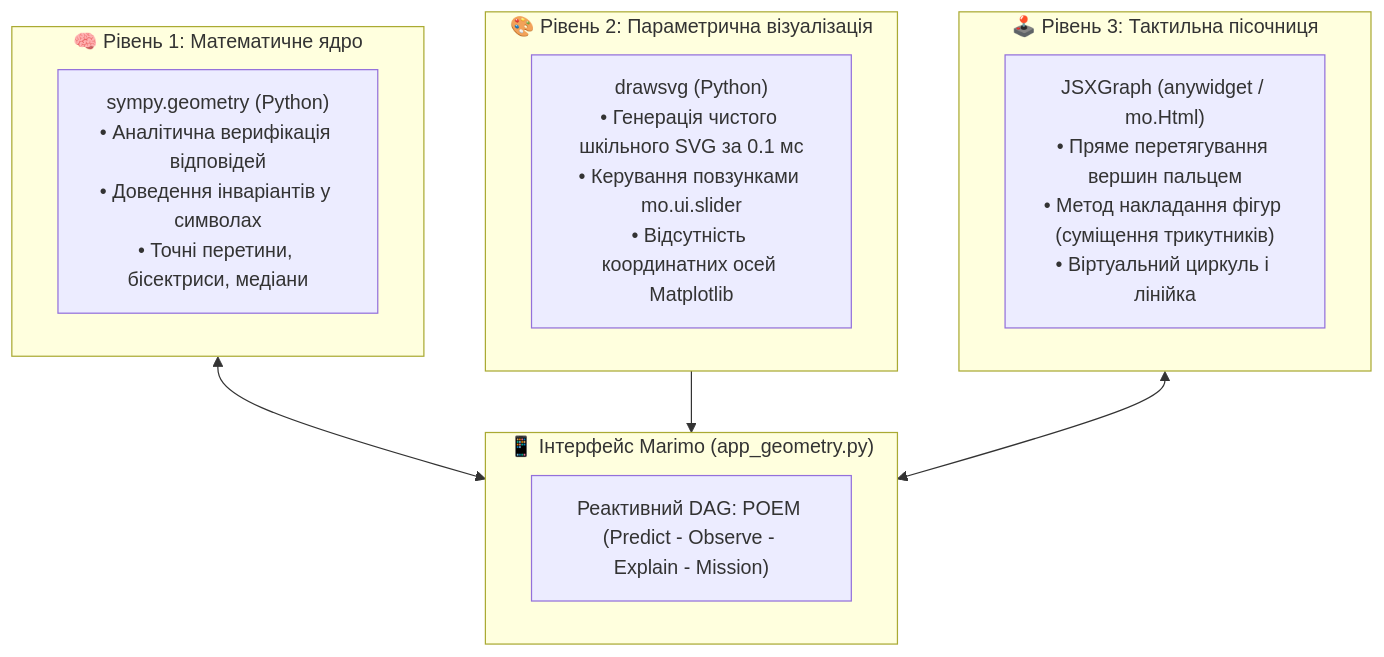
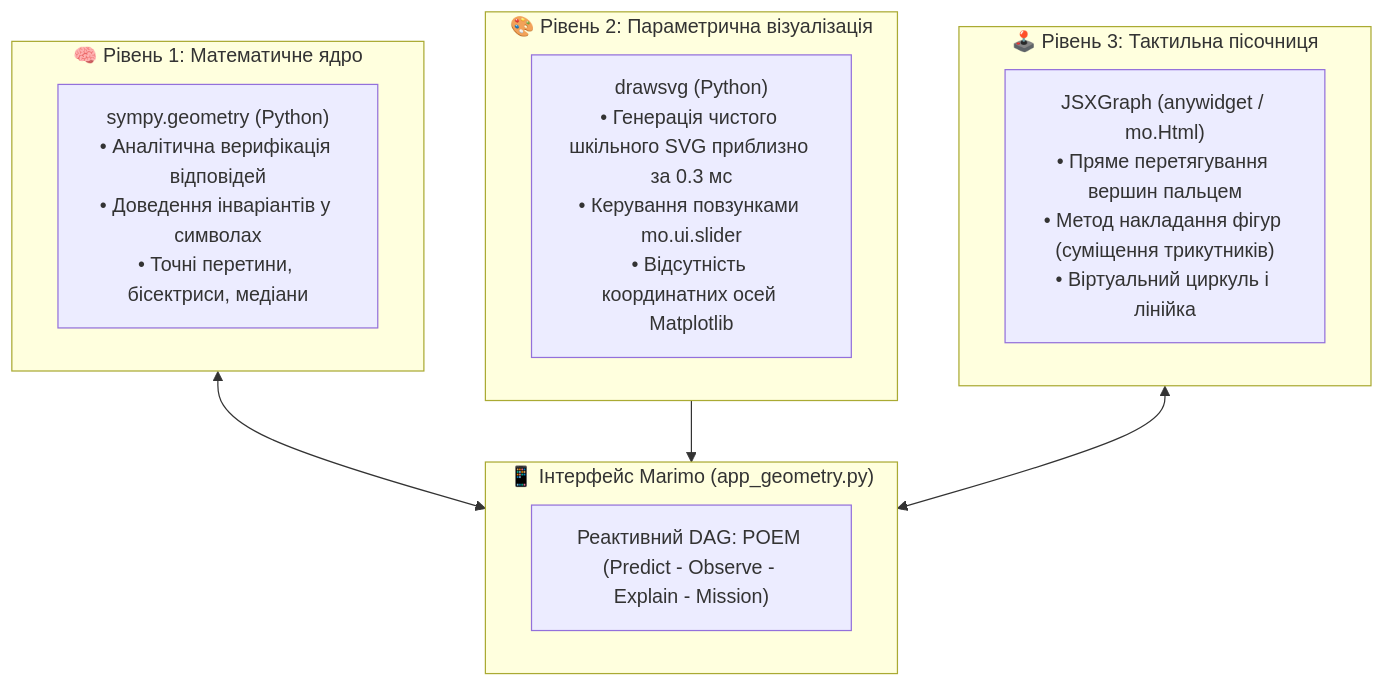
One commit to radchr/Algebra changed the first of 3 diagrams in ARCHITECTURE_DIGITAL_GEOMETRY.md. Above: the diagram before and after it, drawn with Mermaid. The commit also changed other lines of this file and 19 other files, not shown here.

````diff
--- a/ARCHITECTURE_DIGITAL_GEOMETRY.md
+++ b/ARCHITECTURE_DIGITAL_GEOMETRY.md
@@ -21,22 +21,22 @@
 ```mermaid
 flowchart TD
     subgraph L1["🧠 Рівень 1: Математичне ядро"]
         SymPy["sympy.geometry (Python)<br>• Аналітична верифікація відповідей<br>• Доведення інваріантів у символах<br>• Точні перетини, бісектриси, медіани"]
     end
 
     subgraph L2["🎨 Рівень 2: Параметрична візуалізація"]
-        DrawSVG["drawsvg (Python)<br>• Генерація чистого шкільного SVG за 0.1 мс<br>• Керування повзунками mo.ui.slider<br>• Відсутність координатних осей Matplotlib"]
+        DrawSVG["drawsvg (Python)<br>• Генерація чистого шкільного SVG приблизно за 0.3 мс<br>• Керування повзунками mo.ui.slider<br>• Відсутність координатних осей Matplotlib"]
     end
 
     subgraph L3["🕹️ Рівень 3: Тактильна пісочниця"]
         JSX["JSXGraph (anywidget / mo.Html)<br>• Пряме перетягування вершин пальцем<br>• Метод накладання фігур (суміщення трикутників)<br>• Віртуальний циркуль і лінійка"]
     end
 
     subgraph MarimoApp["📱 Інтерфейс Marimo (app_geometry.py)"]
         UI["Реактивний DAG: POEM (Predict - Observe - Explain - Mission)"]
     end
 
     L1 <--> MarimoApp
     L2 --> MarimoApp
     L3 <--> MarimoApp
 ```
````
